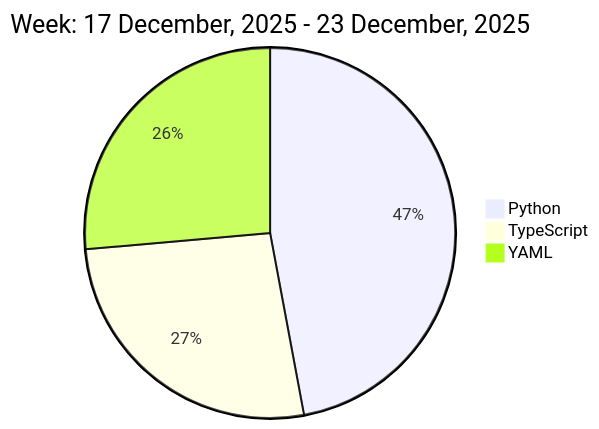
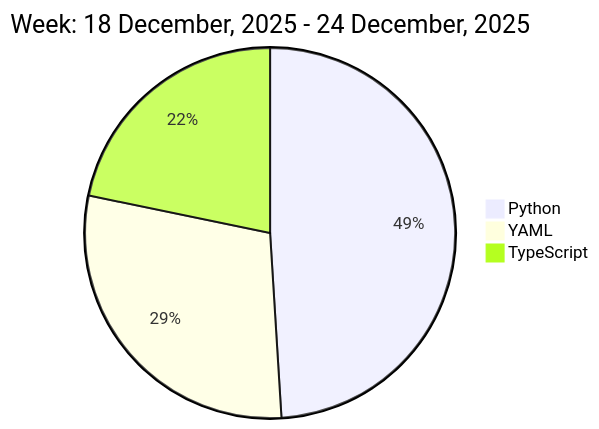
The diagram in README.md (liubin95/liubin95), drawn with Mermaid before and after one commit.

Commit message:
Updated the Graph with new Metrics

````diff
--- a/README.md
+++ b/README.md
@@ -37,7 +37,7 @@
 ```mermaid
  pie
-title Week: 17 December, 2025 - 23 December, 2025
- "Python" : 7.13
- "TypeScript" : 4.02
- "YAML" : 4.0
+title Week: 18 December, 2025 - 24 December, 2025
+ "Python" : 8.0
+ "YAML" : 4.77
+ "TypeScript" : 3.55
 ```
````
